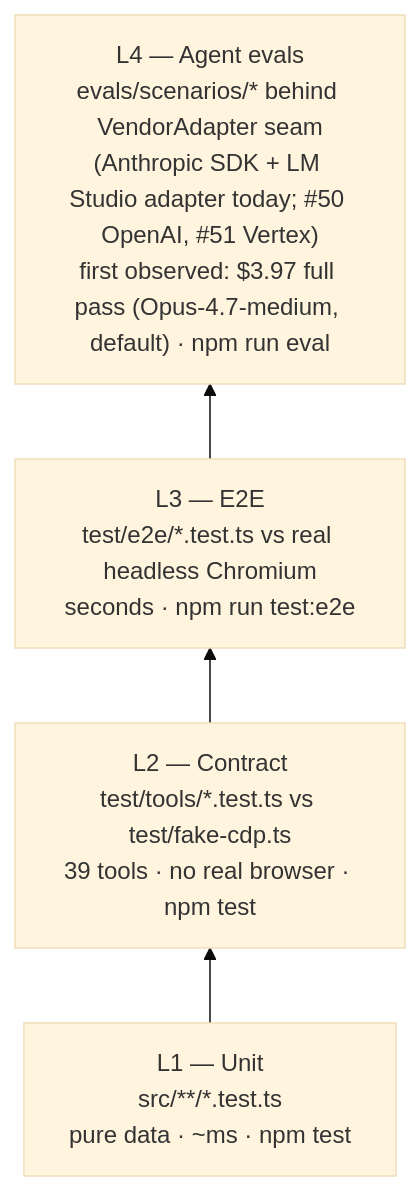
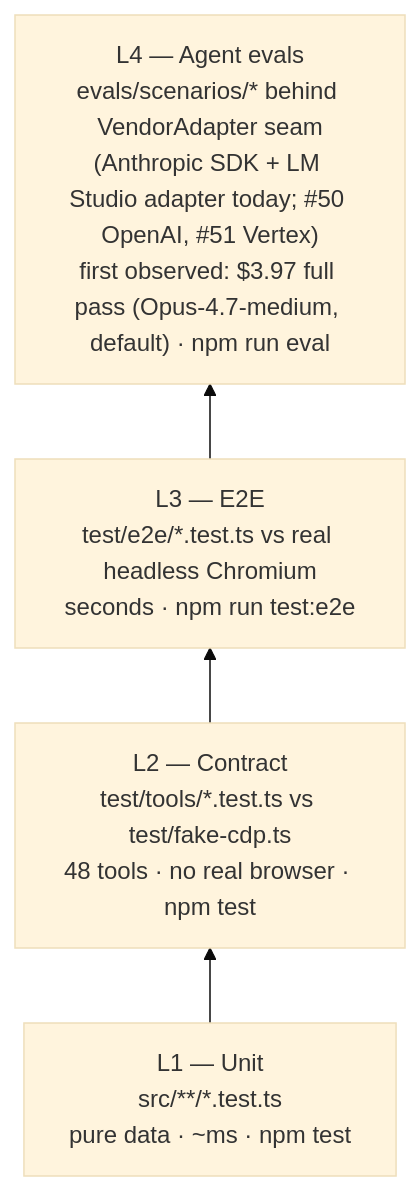
One commit to lcjanke2020/lynceus changed the sixth of 6 diagrams in docs/ARCHITECTURE.md. Above: the diagram before and after it, drawn with Mermaid (base theme).

Commit message:
docs: correct stale L2 tool count (39 -> 48) in ARCHITECTURE test pyramid (GH #12)
The test-pyramid Mermaid's L2 box still read "39 tools"; the documented
surface is 48 (the contract test asserts exactly 48, README/AGENTS agree).
Pre-existing drift the storage PR's count-bumps missed — folding it in here per
reviewer/maintainer request.

Host: athena-ironclaw Model: claude-opus-4-8

````diff
--- a/docs/ARCHITECTURE.md
+++ b/docs/ARCHITECTURE.md
@@ -159,8 +159,8 @@
 ```mermaid
 flowchart BT
     L1["L1 — Unit<br/>src/**/*.test.ts<br/>pure data · ~ms · npm test"]
-    L2["L2 — Contract<br/>test/tools/*.test.ts vs test/fake-cdp.ts<br/>39 tools · no real browser · npm test"]
+    L2["L2 — Contract<br/>test/tools/*.test.ts vs test/fake-cdp.ts<br/>48 tools · no real browser · npm test"]
     L3["L3 — E2E<br/>test/e2e/*.test.ts vs real headless Chromium<br/>seconds · npm run test:e2e"]
     L4["L4 — Agent evals<br/>evals/scenarios/* behind VendorAdapter seam<br/>(Anthropic SDK + LM Studio adapter today; #50 OpenAI, #51 Vertex)<br/>first observed: $3.97 full pass (Opus-4.7-medium, default) · npm run eval"]
     L1 --> L2 --> L3 --> L4
 ```
````
